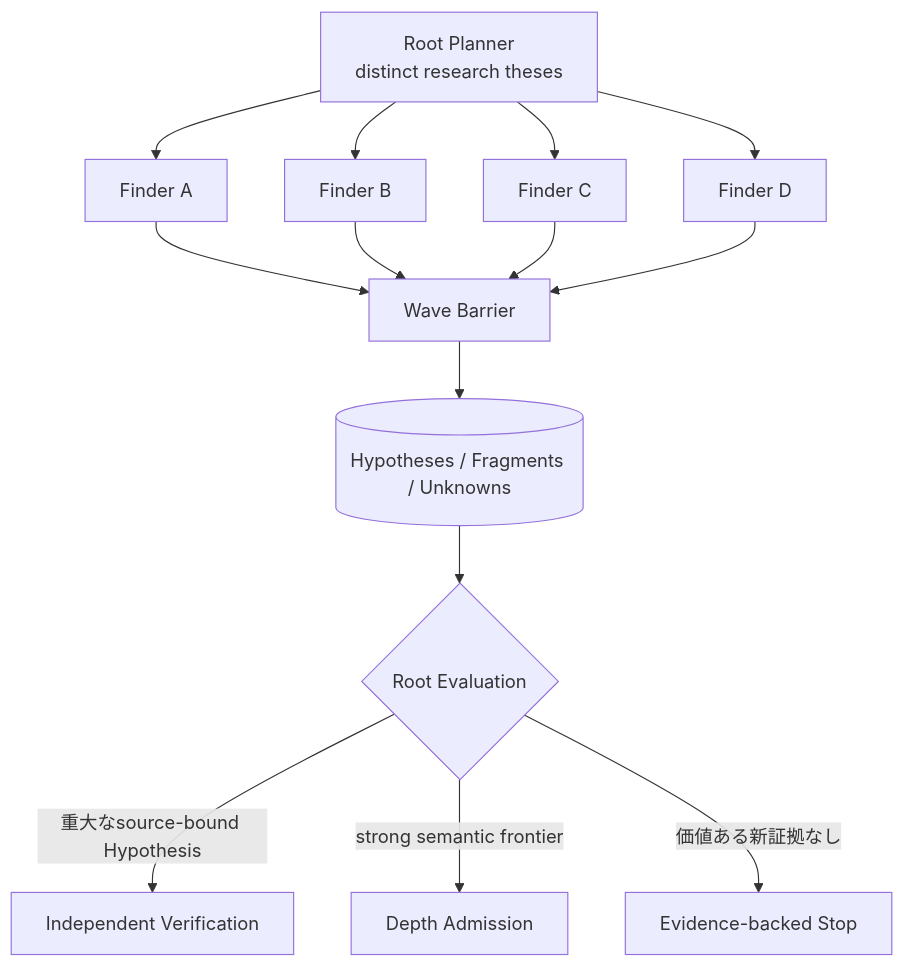
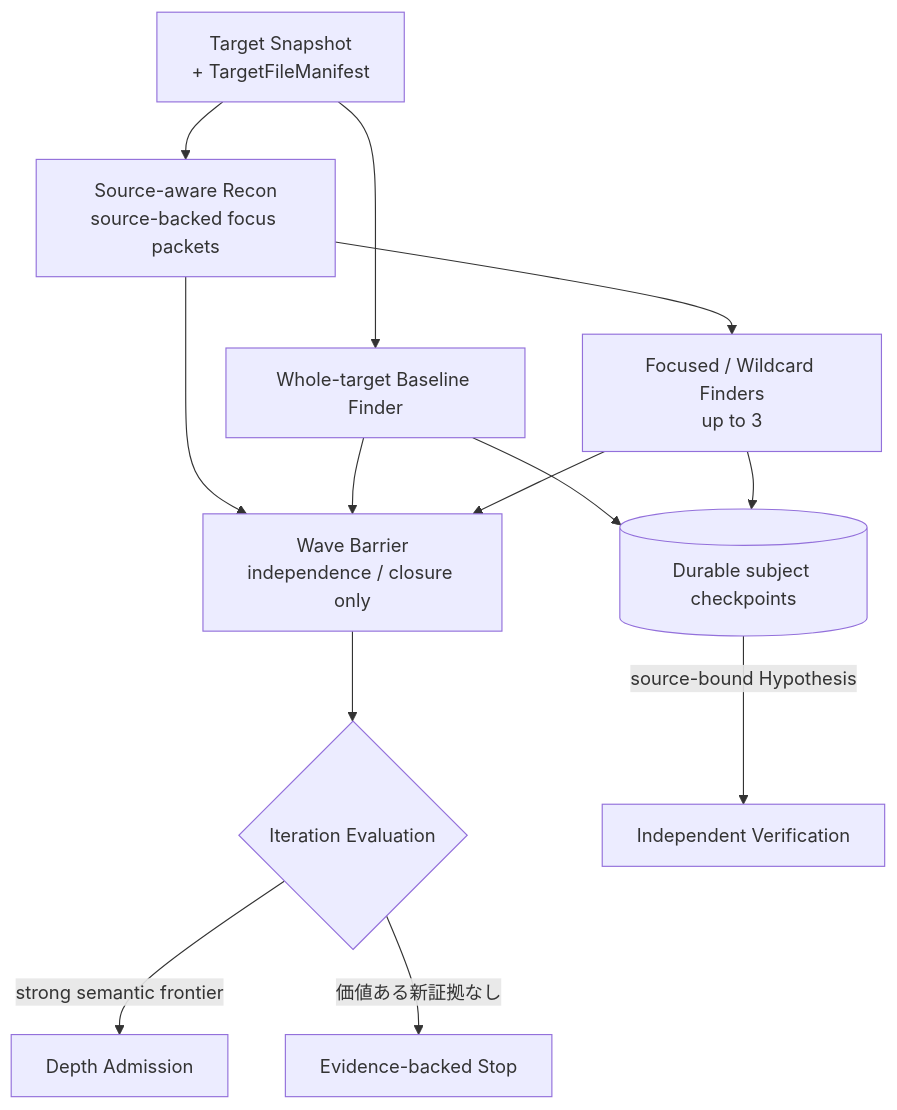
The third of 4 diagrams in docs/design/architecture/autonomous-research-loop.md (momoponwork1415-lgtm/wordpress-harness), drawn with Mermaid before and after one commit. The commit also changed other lines of this file and 100 other files, not shown here.

Commit message:
Implement durable semantic research campaign

````diff
--- a/docs/design/architecture/autonomous-research-loop.md
+++ b/docs/design/architecture/autonomous-research-loop.md
@@ -45,23 +45,26 @@
 ```mermaid
 flowchart TB
-    planner["Root Planner<br/>distinct research theses"]
-    f1["Finder A"]
-    f2["Finder B"]
-    f3["Finder C"]
-    f4["Finder D"]
-    barrier["Wave Barrier"]
-    artifacts[("Hypotheses / Fragments / Unknowns")]
-    evaluation{"Root Evaluation"}
+    input["Target Snapshot<br/>+ TargetFileManifest"]
+    recon["Source-aware Recon<br/>source-backed focus packets"]
+    baseline["Whole-target Baseline Finder"]
+    focused["Focused / Wildcard Finders<br/>up to 3"]
+    checkpoints[("Durable subject checkpoints")]
+    barrier["Wave Barrier<br/>independence / closure only"]
+    evaluation{"Iteration Evaluation"}
     verify["Independent Verification"]
     depth["Depth Admission"]
     stop["Evidence-backed Stop"]
 
-    planner --> f1 --> barrier
-    planner --> f2 --> barrier
-    planner --> f3 --> barrier
-    planner --> f4 --> barrier
-    barrier --> artifacts --> evaluation
-    evaluation -->|"重大なsource-bound Hypothesis"| verify
+    input --> recon
+    input --> baseline
+    recon --> focused
+    baseline --> checkpoints
+    focused --> checkpoints
+    checkpoints -->|"source-bound Hypothesis"| verify
+    recon --> barrier
+    baseline --> barrier
+    focused --> barrier
+    barrier --> evaluation
     evaluation -->|"strong semantic frontier"| depth
     evaluation -->|"価値ある新証拠なし"| stop
 ```
````
